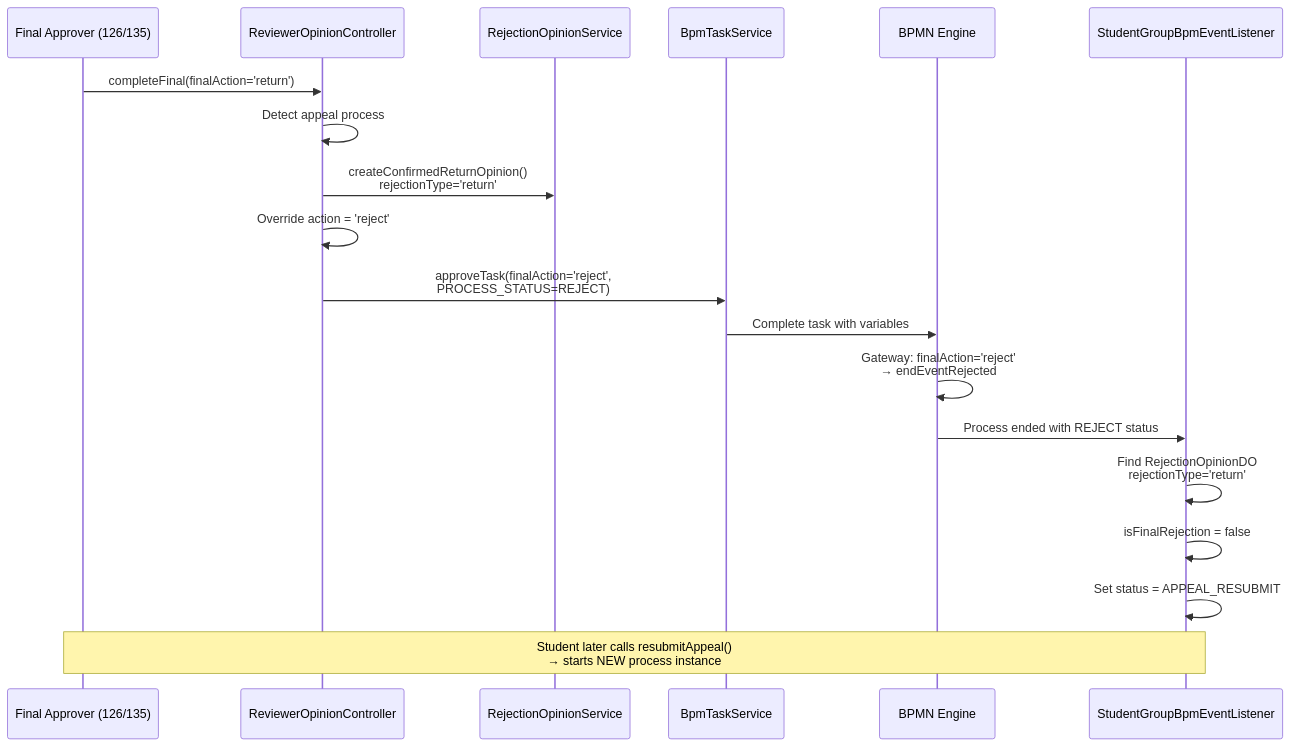
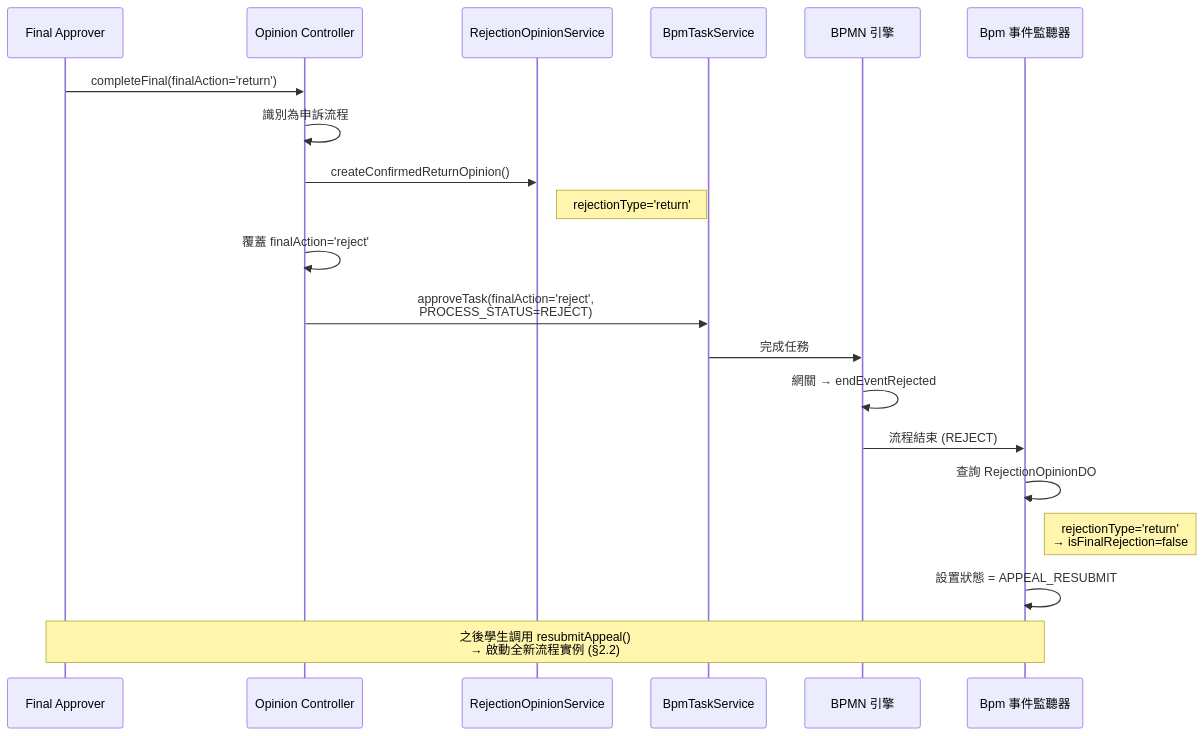
Before and after one commit to OneStar-Projects/SLAS-Docs: the seventh of 7 diagrams in student-org-workflow-flowcharts.md, drawn with Mermaid. The commit also changed other lines of this file and 1 other file, not shown here.

````diff
--- a/student-org-workflow-flowcharts.md
+++ b/student-org-workflow-flowcharts.md
@@ -335,22 +425,23 @@
 ```mermaid
 sequenceDiagram
-    participant User as Final Approver (126/135)
-    participant Controller as ReviewerOpinionController
-    participant Service as RejectionOpinionService
+    participant User as Final Approver
+    participant Ctrl as Opinion Controller
+    participant Svc as RejectionOpinionService
     participant BPM as BpmTaskService
-    participant BPMN as BPMN Engine
-    participant Listener as StudentGroupBpmEventListener
+    participant Engine as BPMN 引擎
+    participant Listener as Bpm 事件監聽器
 
-    User->>Controller: completeFinal(finalAction='return')
-    Controller->>Controller: Detect appeal process
-    Controller->>Service: createConfirmedReturnOpinion()<br>rejectionType='return'
-    Controller->>Controller: Override action = 'reject'
-    Controller->>BPM: approveTask(finalAction='reject',<br>PROCESS_STATUS=REJECT)
-    BPM->>BPMN: Complete task with variables
-    BPMN->>BPMN: Gateway: finalAction='reject'<br>→ endEventRejected
-    BPMN->>Listener: Process ended with REJECT status
-    Listener->>Listener: Find RejectionOpinionDO<br>rejectionType='return'
-    Listener->>Listener: isFinalRejection = false
-    Listener->>Listener: Set status = APPEAL_RESUBMIT
-    Note over User,Listener: Student later calls resubmitAppeal()<br>→ starts NEW process instance
+    User->>Ctrl: completeFinal(finalAction='return')
+    Ctrl->>Ctrl: 識別為申訴流程
+    Ctrl->>Svc: createConfirmedReturnOpinion()
+    Note right of Svc: rejectionType='return'
+    Ctrl->>Ctrl: 覆蓋 finalAction='reject'
+    Ctrl->>BPM: approveTask(finalAction='reject',<br/>PROCESS_STATUS=REJECT)
+    BPM->>Engine: 完成任務
+    Engine->>Engine: 網關 → endEventRejected
+    Engine->>Listener: 流程結束 (REJECT)
+    Listener->>Listener: 查詢 RejectionOpinionDO
+    Note right of Listener: rejectionType='return'<br/>→ isFinalRejection=false
+    Listener->>Listener: 設置狀態 = APPEAL_RESUBMIT
+    Note over User,Listener: 之後學生調用 resubmitAppeal()<br/>→ 啟動全新流程實例 (§2.2)
 ```
````
